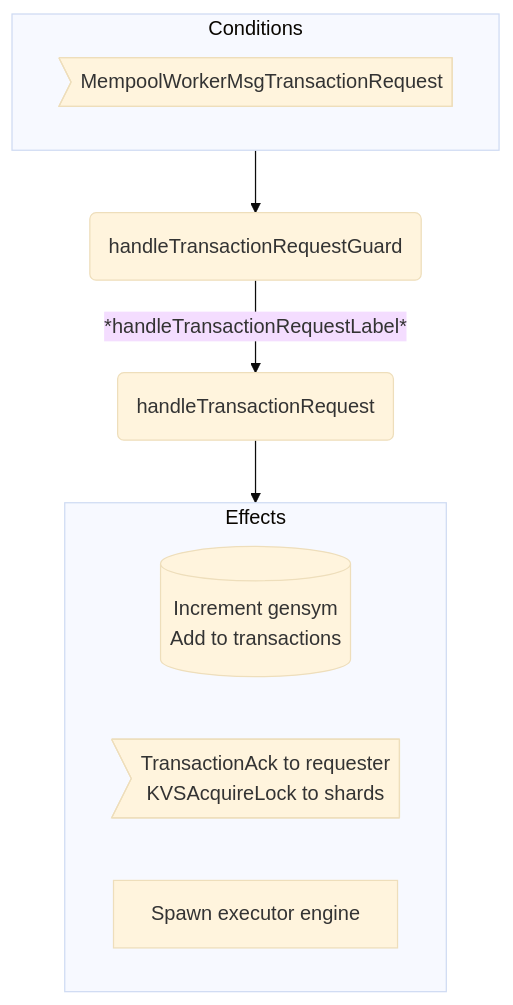
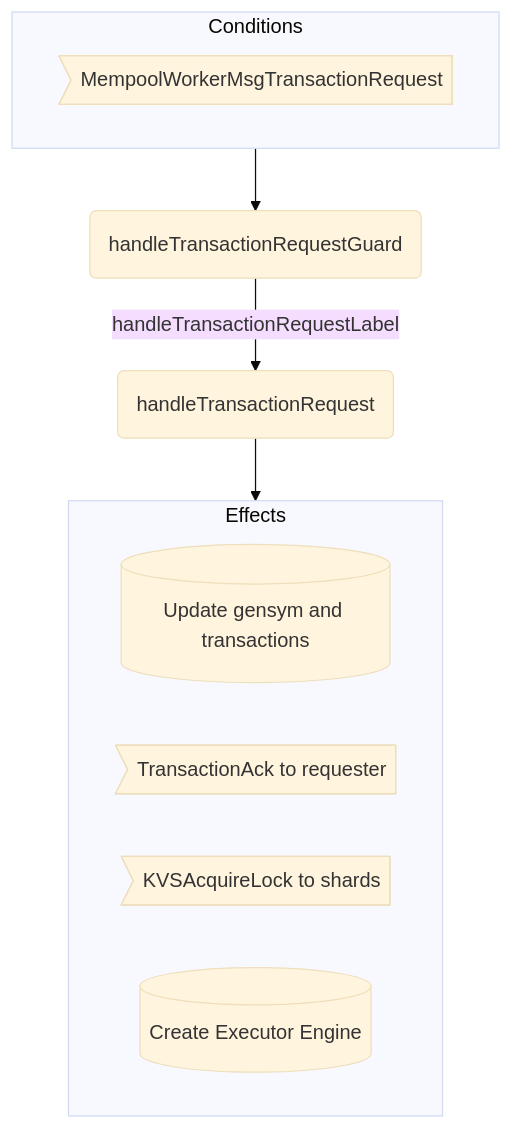
One commit to anoma/nspec changed the first of 3 diagrams in docs/arch/node/engines/mempool_worker_behaviour.juvix.md. Above: the diagram before and after it, drawn with Mermaid (base theme). The commit also changed other lines of this file and 3 other files, not shown here.

````diff
--- a/docs/arch/node/engines/mempool_worker_behaviour.juvix.md
+++ b/docs/arch/node/engines/mempool_worker_behaviour.juvix.md
@@ -537,17 +544,18 @@
 ```mermaid
 flowchart TD
   subgraph C[Conditions]
     CMsg>MempoolWorkerMsgTransactionRequest]
   end
 
   G(handleTransactionRequestGuard)
   A(handleTransactionRequest)
 
-  C --> G -- *handleTransactionRequestLabel* --> A --> E
+  subgraph E[Effects]
+    EState[(Update gensym and transactions)]
+    EMsg1>TransactionAck to requester]
+    EMsg2>KVSAcquireLock to shards]
+    EEng[(Create Executor Engine)]
+  end
 
-  subgraph E[Effects]
-    EEnv[(Increment gensym<br/>Add to transactions)]
-    EMsg>TransactionAck to requester<br/>KVSAcquireLock to shards]
-    EEng[Spawn executor engine]
-  end
+  C --> G -- handleTransactionRequestLabel --> A --> E
 ```
````
